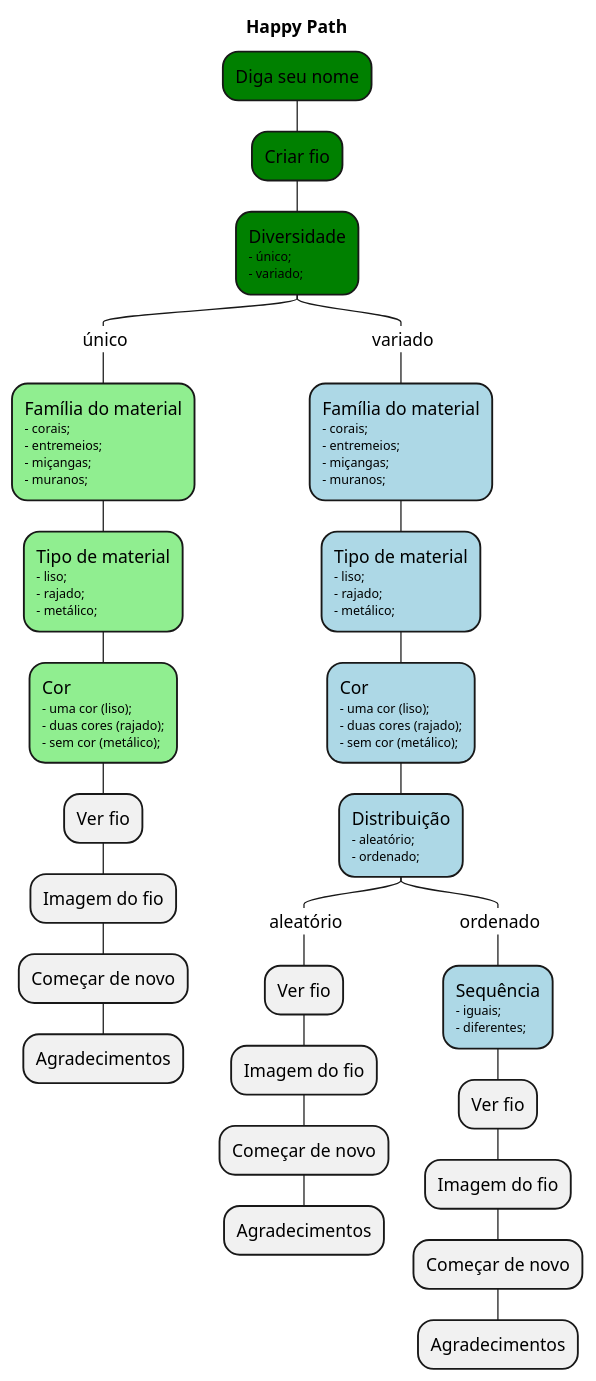
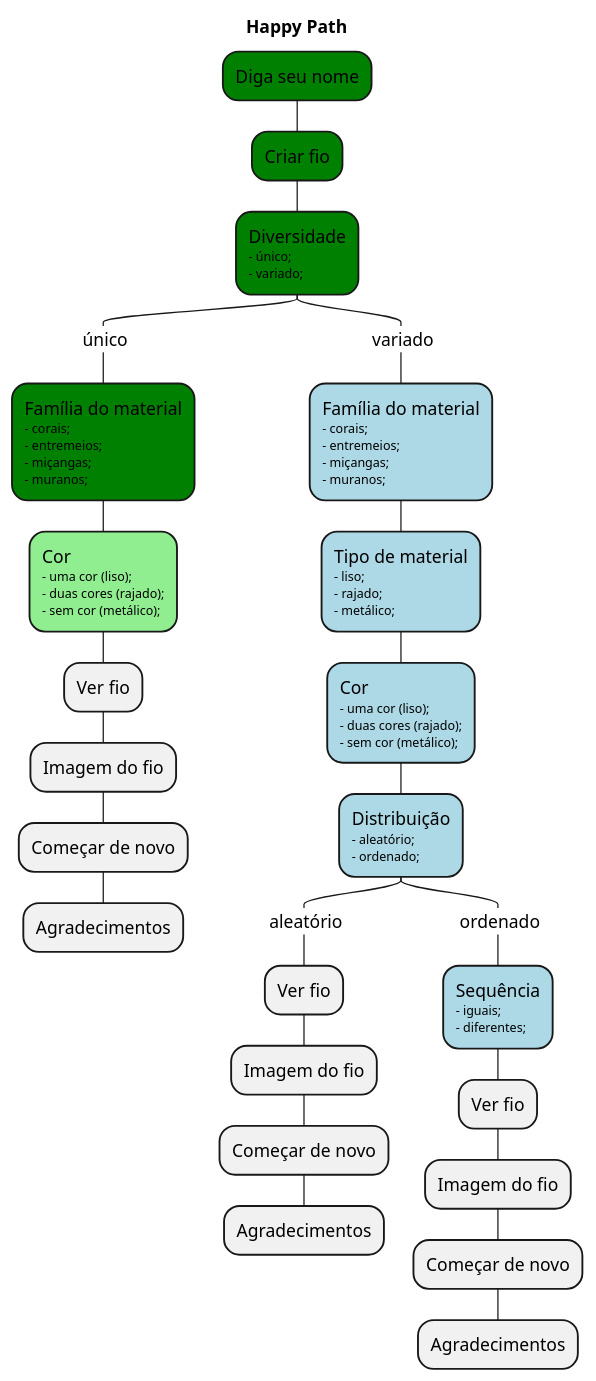
The diagram in __docs__/happy_path.puml (TecnoSigma/vo-maria), drawn with PlantUML before and after one commit. The commit also changed 1 other file, not shown here.

Commit message:
Adds family type to chosen material

```diff
--- a/__docs__/happy_path.puml
+++ b/__docs__/happy_path.puml
@@ -1,36 +1,35 @@
 @startmindmap
 title Happy Path
 
 top to bottom direction
 
 *[#green] Diga seu nome
 **[#green] Criar fio
 
 ***[#green] Diversidade\n<size: 10>- único;\n<size: 10>- variado;
 ****_ único
-*****[#lightgreen] Família do material\n<size: 10>- corais;\n<size: 10>- entremeios;\n<size: 10>- miçangas;\n<size: 10>- muranos;
-******[#lightgreen] Tipo de material\n<size: 10>- liso;\n<size: 10>- rajado;\n<size: 10>- metálico;
-*******[#lightgreen] Cor\n<size: 10>- uma cor (liso);\n<size: 10>- duas cores (rajado);\n<size: 10>- sem cor (metálico);
-******** Ver fio
-********* Imagem do fio
-********** Começar de novo
-*********** Agradecimentos
+*****[#green] Família do material\n<size: 10>- corais;\n<size: 10>- entremeios;\n<size: 10>- miçangas;\n<size: 10>- muranos;
+******[#lightgreen] Cor\n<size: 10>- uma cor (liso);\n<size: 10>- duas cores (rajado);\n<size: 10>- sem cor (metálico);
+******* Ver fio
+******** Imagem do fio
+********* Começar de novo
+********** Agradecimentos
 
 ****_ variado
 *****[#lightblue] Família do material\n<size: 10>- corais;\n<size: 10>- entremeios;\n<size: 10>- miçangas;\n<size: 10>- muranos;
 ******[#lightblue] Tipo de material\n<size: 10>- liso;\n<size: 10>- rajado;\n<size: 10>- metálico;
 *******[#lightblue] Cor\n<size: 10>- uma cor (liso);\n<size: 10>- duas cores (rajado);\n<size: 10>- sem cor (metálico);
 
 ********[#lightblue] Distribuição\n<size: 10>- aleatório;\n<size: 10>- ordenado;
 *********_ aleatório
 ********** Ver fio
 *********** Imagem do fio
 ************ Começar de novo
 ************* Agradecimentos
 *********_ ordenado
 **********[#lightblue] Sequência\n<size: 10>- iguais;\n<size: 10>- diferentes;
 *********** Ver fio
 ************ Imagem do fio
 ************* Começar de novo
 ************** Agradecimentos
 @endmindmap
```
